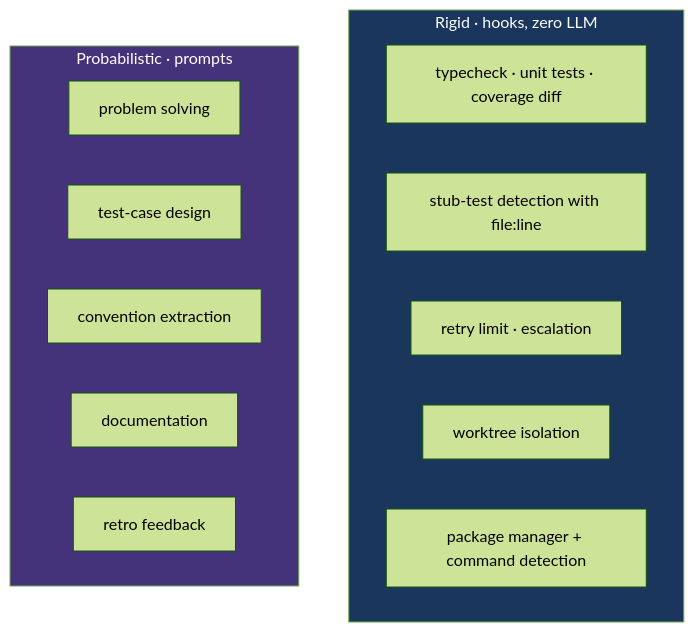
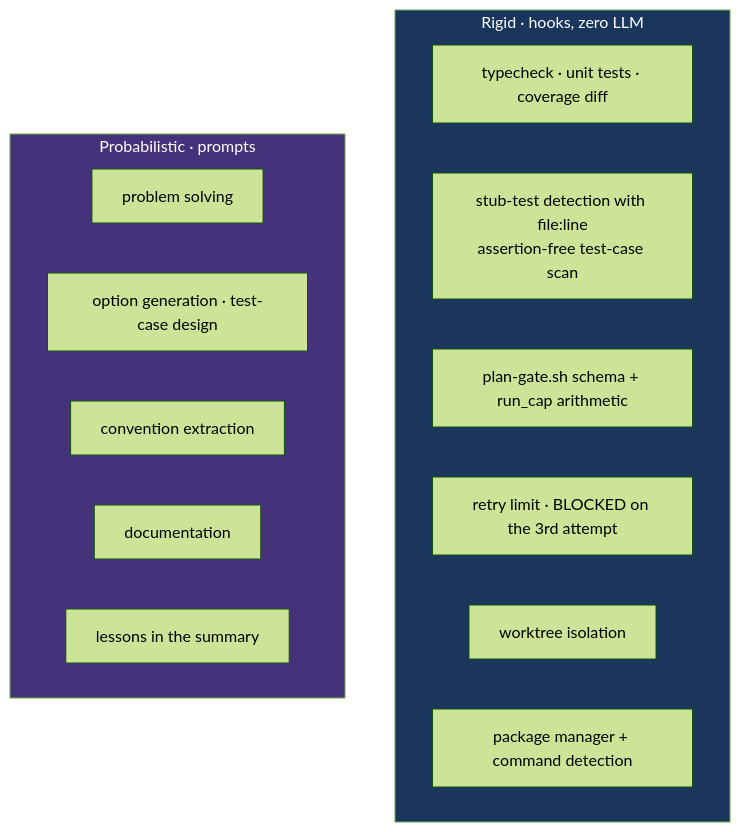
One commit to irfanguvian/team-irfan changed the seventh of 8 diagrams in docs/workflow.md. Above: the diagram before and after it, drawn with Mermaid (forest theme). The commit also changed other lines of this file and 10 other files, not shown here.

First line of the commit message:
docs: README + workflow.md for the 7-step FULL flow; qa rename sweep; plugin v3.0.0

````diff
--- a/docs/workflow.md
+++ b/docs/workflow.md
@@ -252,20 +255,21 @@
 ```mermaid
 flowchart TB
     subgraph RIGID["Rigid · hooks, zero LLM"]
         R1["typecheck · unit tests · coverage diff"]
-        R2["stub-test detection with file:line"]
-        R3["retry limit · escalation"]
+        R2["stub-test detection with file:line<br/>assertion-free test-case scan"]
+        R3["plan-gate.sh schema + run_cap arithmetic"]
+        R3b["retry limit · BLOCKED on the 3rd attempt"]
         R4["worktree isolation"]
         R5["package manager + command detection"]
     end
     subgraph PROB["Probabilistic · prompts"]
         P1["problem solving"]
-        P2["test-case design"]
+        P2["option generation · test-case design"]
         P3["convention extraction"]
         P4["documentation"]
-        P5["retro feedback"]
+        P5["lessons in the summary"]
     end
 
     style RIGID fill:#1a365d,color:#fff
     style PROB fill:#44337a,color:#fff
 ```
````
